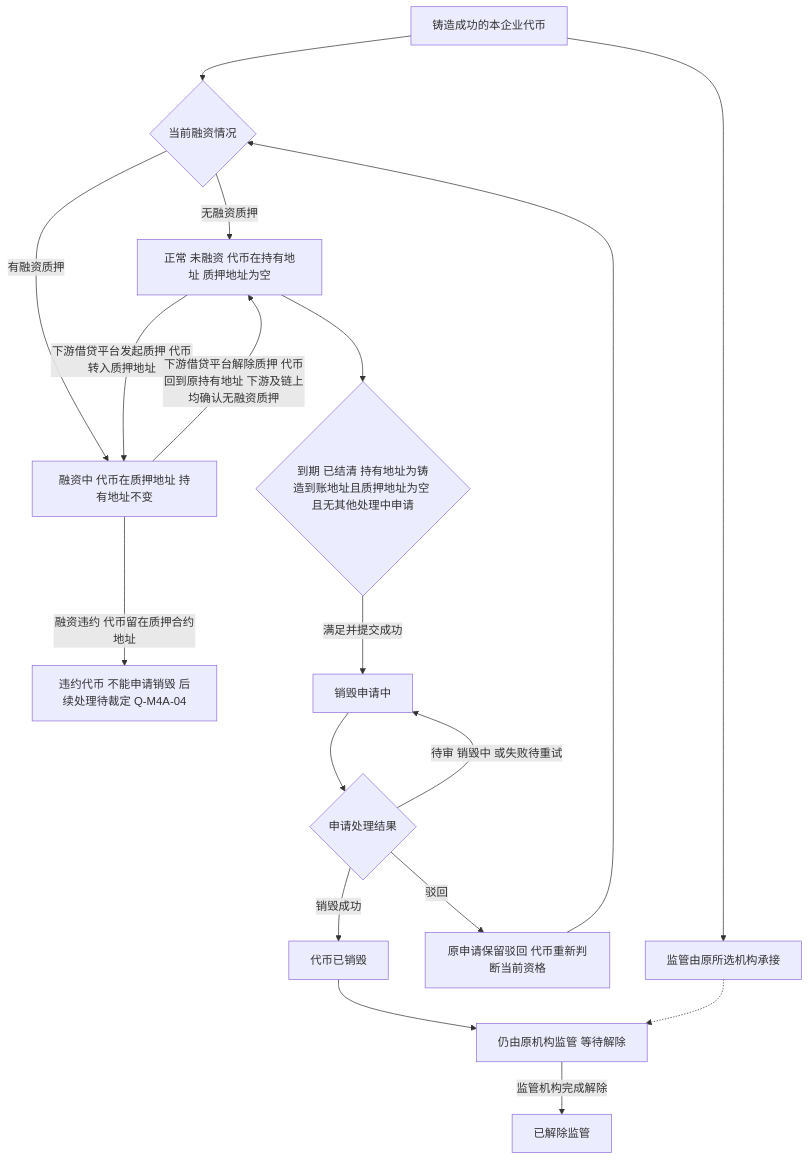
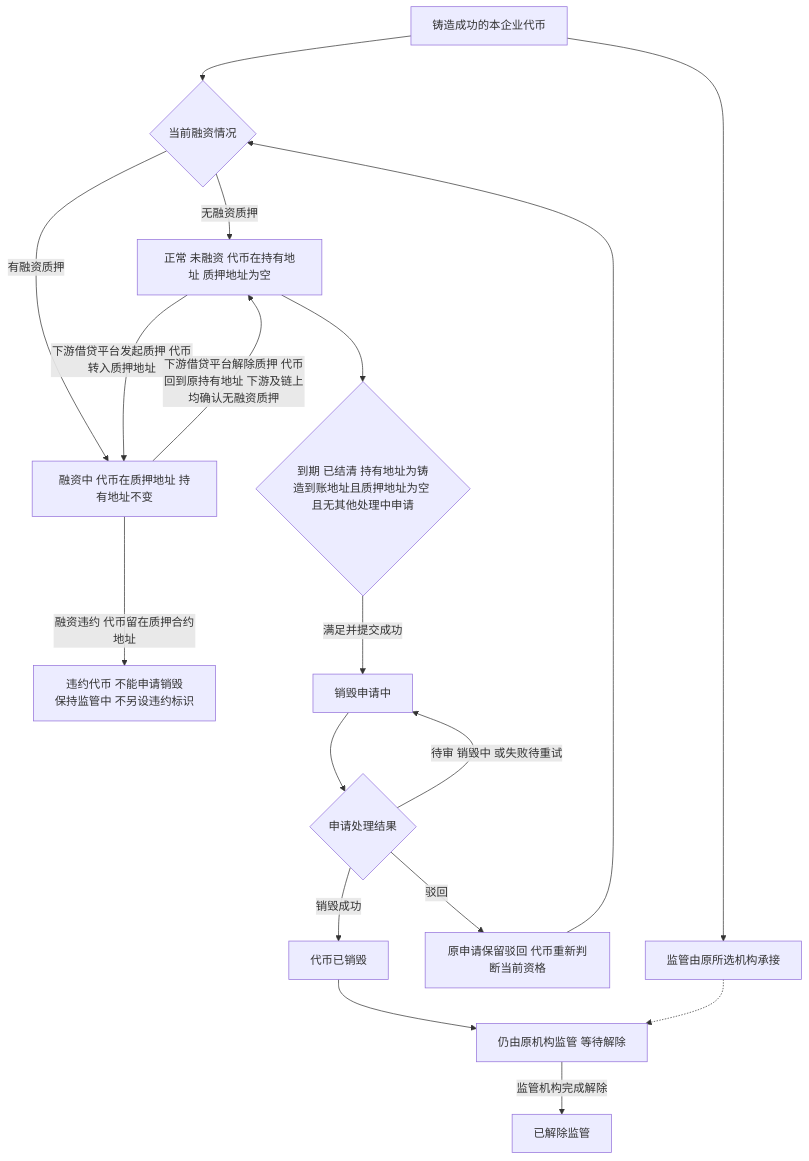
The fourth of 4 diagrams in token-issuance-platform/PRD/面客端/M4a-我的代币与销毁申请/02-我的代币与销毁申请-流程图与状态机.md (wxblockchain/Chain-Financing), drawn with Mermaid before and after one commit. The commit also changed other lines of this file and 33 other files, not shown here.

````diff
--- a/token-issuance-platform/PRD/面客端/M4a-我的代币与销毁申请/02-我的代币与销毁申请-流程图与状态机.md
+++ b/token-issuance-platform/PRD/面客端/M4a-我的代币与销毁申请/02-我的代币与销毁申请-流程图与状态机.md
@@ -104,20 +104,20 @@
 ```mermaid
 flowchart TD
     A[铸造成功的本企业代币] --> B[监管由原所选机构承接]
     A --> C{当前融资情况}
     C -->|无融资质押| D[正常 未融资 代币在持有地址 质押地址为空]
     C -->|有融资质押| E[融资中 代币在质押地址 持有地址不变]
     D -->|下游借贷平台发起质押 代币转入质押地址| E
     E -->|下游借贷平台解除质押 代币回到原持有地址 下游及链上均确认无融资质押| D
-    E -->|融资违约 代币留在质押合约地址| X[违约代币 不能申请销毁 后续处理待裁定 Q-M4A-04]
+    E -->|融资违约 代币留在质押合约地址| X[违约代币 不能申请销毁<br/>保持监管中 不另设违约标识]
     D --> F{到期 已结清 持有地址为铸造到账地址且质押地址为空 且无其他处理中申请}
     F -->|满足并提交成功| G[销毁申请中]
     G --> H{申请处理结果}
     H -->|驳回| I[原申请保留驳回 代币重新判断当前资格]
     I --> C
     H -->|待审 销毁中 或失败待重试| G
     H -->|销毁成功| J[代币已销毁]
     J --> K[仍由原机构监管 等待解除]
     B -.-> K
     K -->|监管机构完成解除| L[已解除监管]
 ```
````
